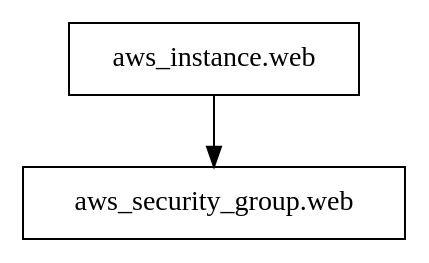
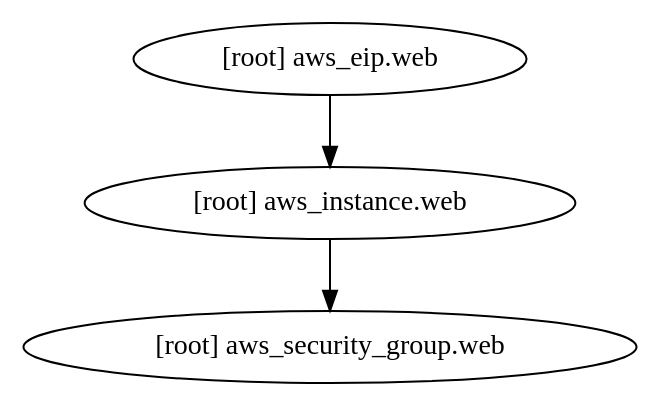
The diagram in docs/Terraform/13_Stateの検査と修正/13-01_graph.md (haruka-aibara/haruka-aibara), drawn with Graphviz before and after one commit. The commit also changed other lines of this file and 16 other files, not shown here.

````diff
--- a/docs/Terraform/13_Stateの検査と修正/13-01_graph.md
+++ b/docs/Terraform/13_Stateの検査と修正/13-01_graph.md
@@ -19,11 +31,6 @@
 ```dot
 digraph {
-  compound = "true"
-  newrank = "true"
-  subgraph "root" {
-    "[root] aws_instance.web" [label = "aws_instance.web", shape = "box"]
-    "[root] aws_security_group.web" [label = "aws_security_group.web", shape = "box"]
-    "[root] aws_instance.web" -> "[root] aws_security_group.web"
-  }
+  "[root] aws_instance.web" -> "[root] aws_security_group.web"
+  "[root] aws_eip.web" -> "[root] aws_instance.web"
 }
 ```
````
